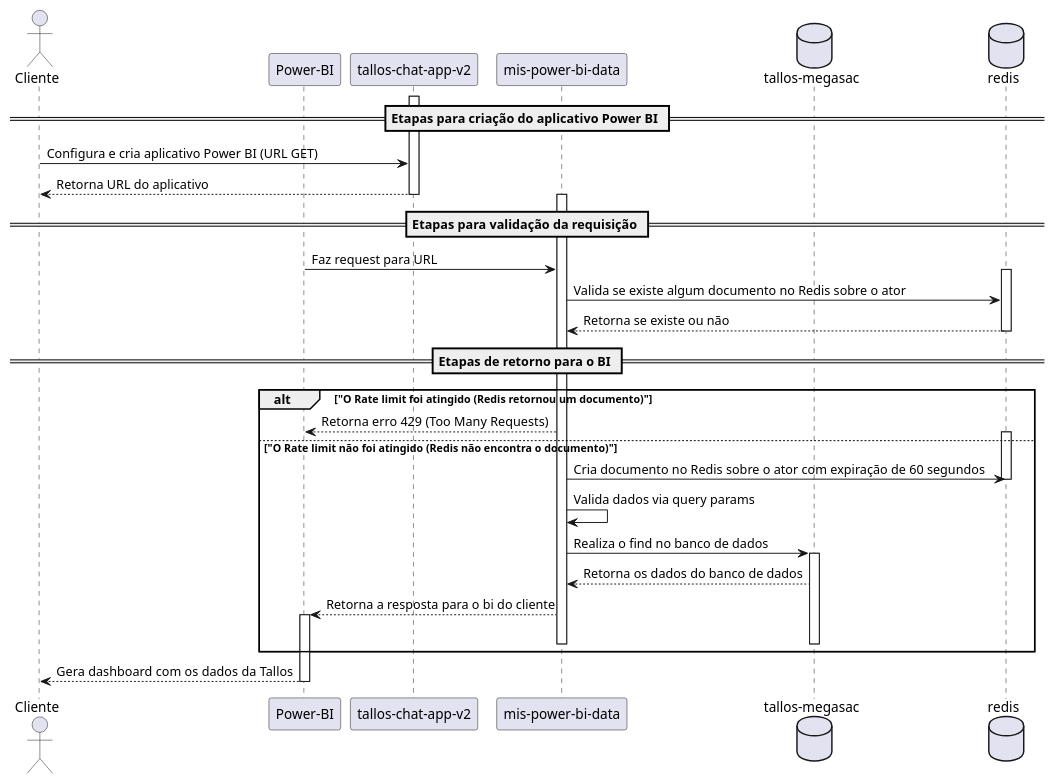
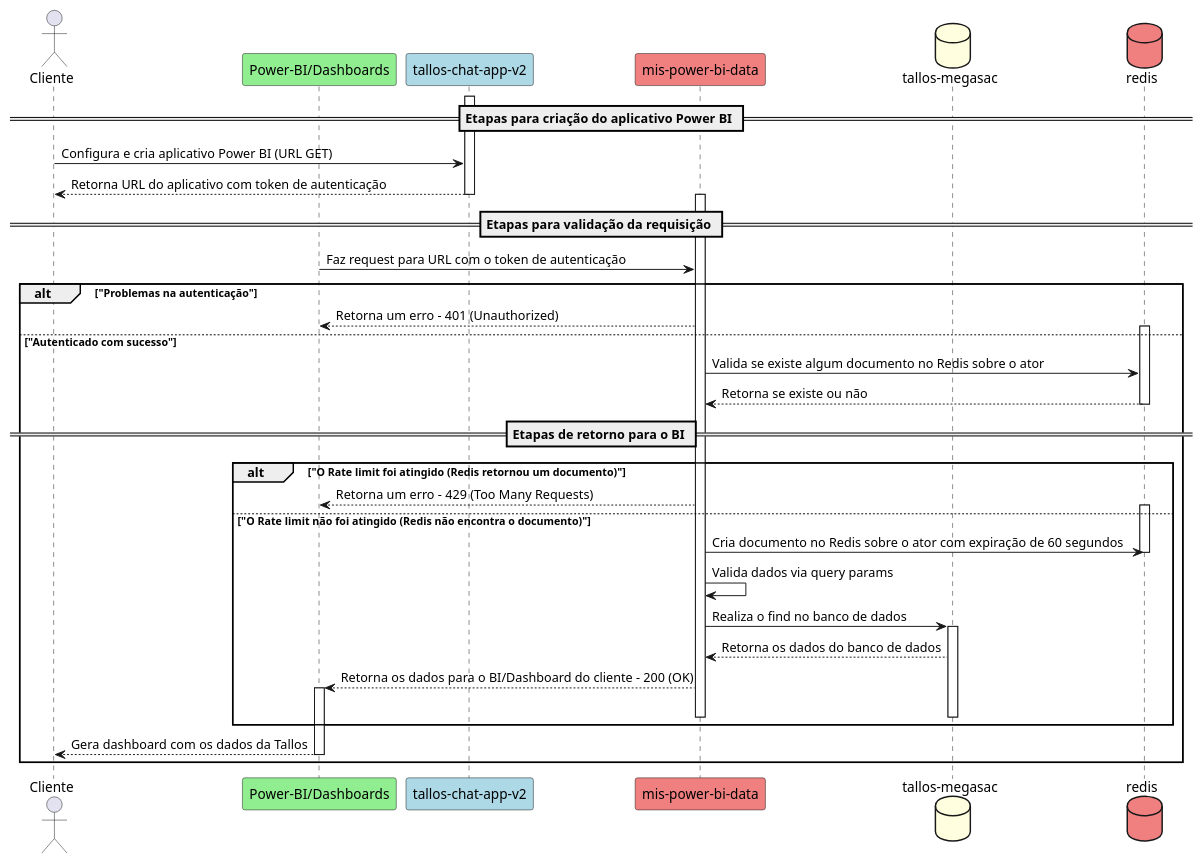
One commit to RafaelCava/umls changed the diagram in power-bi-flow.wsd. Above: the diagram before and after it, drawn with PlantUML.

Commit message:
refactor: Simplify and clarify Power BI flow diagram

```diff
--- a/power-bi-flow.wsd
+++ b/power-bi-flow.wsd
@@ -1,63 +1,68 @@
 @startuml powerbi
 
 actor Cliente as cliente
-participant "Power-BI" as bi
-participant "tallos-chat-app-v2" as frontend
-participant "mis-power-bi-data" as backend
-database "tallos-megasac" as db
-database "redis" as redis
+participant "Power-BI/Dashboards" as bi #lightgreen
+participant "tallos-chat-app-v2" as frontend #lightblue
+participant "mis-power-bi-data" as backend #LightCoral
+database "tallos-megasac" as db #LightYellow
+database "redis" as redis #LightCoral
 
 == Etapas para criação do aplicativo Power BI ==
 
 activate frontend
 
 cliente -> frontend: Configura e cria aplicativo Power BI (URL GET)
-frontend --> cliente: Retorna URL do aplicativo
+frontend --> cliente: Retorna URL do aplicativo com token de autenticação
 
 deactivate frontend
 
 == Etapas para validação da requisição ==
 activate backend
 
-bi -> backend: Faz request para URL
+bi -> backend: Faz request para URL com o token de autenticação
 
-activate redis
-
-backend -> redis: Valida se existe algum documento no Redis sobre o ator
-redis --> backend: Retorna se existe ou não
-
-deactivate redis
-
-== Etapas de retorno para o BI ==
-alt "O Rate limit foi atingido (Redis retornou um documento)"
-
-  backend --> bi: Retorna erro 429 (Too Many Requests)
-
-else "O Rate limit não foi atingido (Redis não encontra o documento)"
+alt "Problemas na autenticação"
+  backend --> bi: Retorna um erro - 401 (Unauthorized)
+else "Autenticado com sucesso"
   activate redis
 
-  backend -> redis: Cria documento no Redis sobre o ator com expiração de 60 segundos
+  backend -> redis: Valida se existe algum documento no Redis sobre o ator
+  redis --> backend: Retorna se existe ou não
 
   deactivate redis
-  
-  backend -> backend: Valida dados via query params
-  backend -> db: Realiza o find no banco de dados
 
-  activate db
+  == Etapas de retorno para o BI ==
+  alt "O Rate limit foi atingido (Redis retornou um documento)"
 
-  db --> backend: Retorna os dados do banco de dados
+    backend --> bi: Retorna um erro - 429 (Too Many Requests)
 
-  backend --> bi: Retorna a resposta para o bi do cliente
-  
-  activate bi
+  else "O Rate limit não foi atingido (Redis não encontra o documento)"
+    activate redis
 
-  deactivate db
-  
-  deactivate backend
+    backend -> redis: Cria documento no Redis sobre o ator com expiração de 60 segundos
+
+    deactivate redis
+    
+    backend -> backend: Valida dados via query params
+    backend -> db: Realiza o find no banco de dados
+
+    activate db
+
+    db --> backend: Retorna os dados do banco de dados
+
+    backend --> bi: Retorna os dados para o BI/Dashboard do cliente - 200 (OK)
+    
+    activate bi
+
+    deactivate db
+    
+    deactivate backend
+  end
+
+  cliente <-- bi: Gera dashboard com os dados da Tallos
+
+  deactivate bi
 end
 
-cliente <-- bi: Gera dashboard com os dados da Tallos
-
-deactivate bi
 
 @enduml
```
